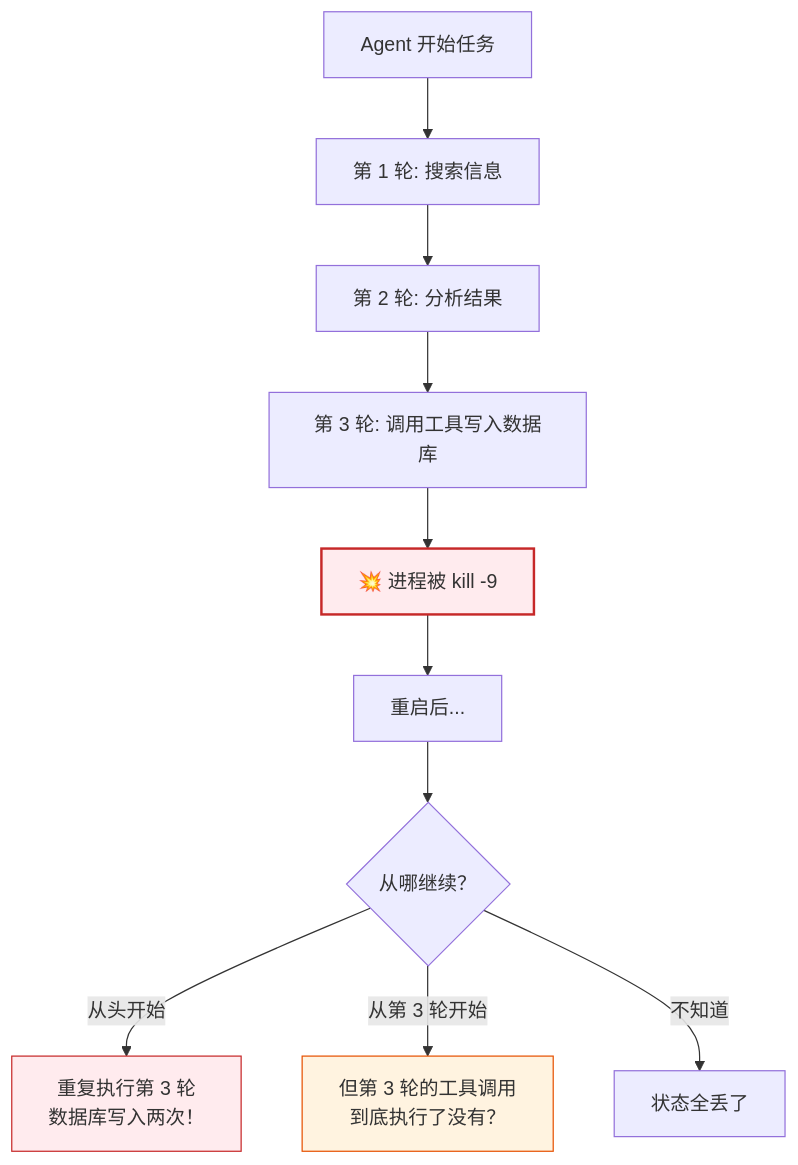
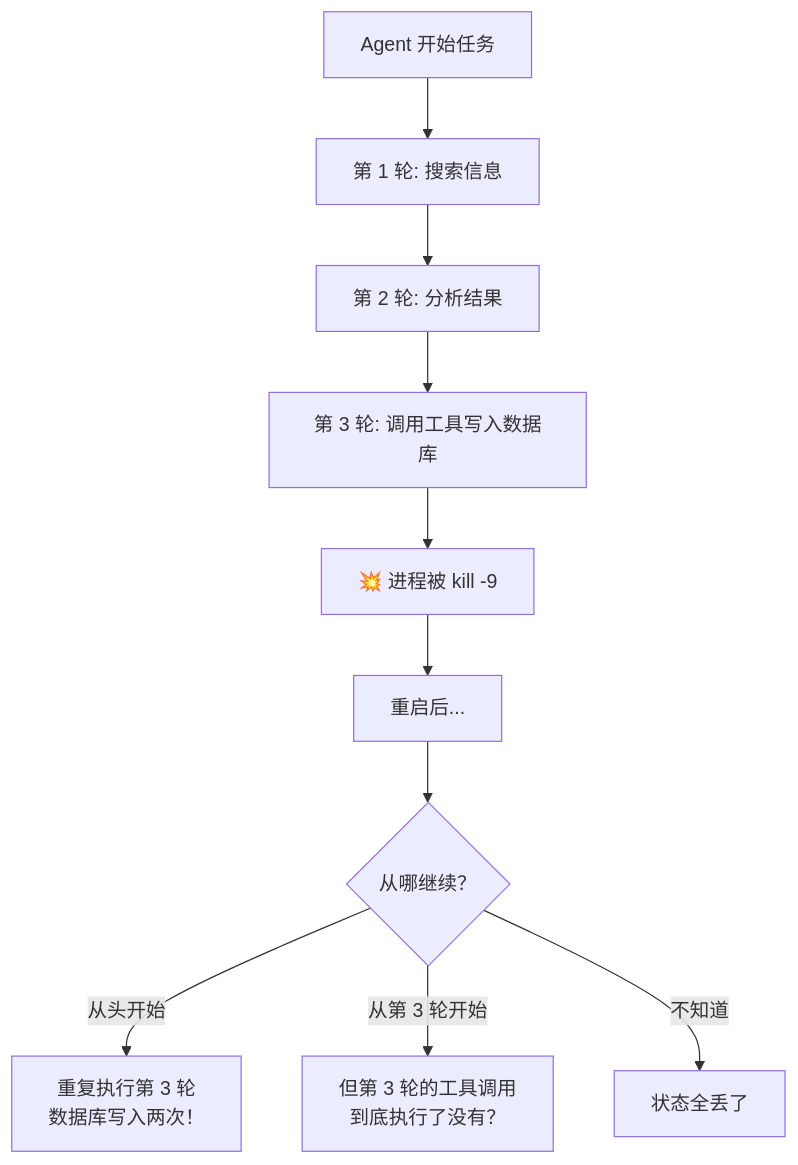
Before and after one commit to limenagent/prodagent: the first of 3 diagrams in docs/topics/recovery.md, drawn with Mermaid. The commit also changed 113 other files, not shown here.

````diff
--- a/docs/topics/recovery.md
+++ b/docs/topics/recovery.md
@@ -9,17 +9,14 @@
 ```mermaid
 graph TD
     A["Agent 开始任务"] --> B["第 1 轮: 搜索信息"]
     B --> C["第 2 轮: 分析结果"]
     C --> D["第 3 轮: 调用工具写入数据库"]
     D --> E["💥 进程被 kill -9"]
     E --> F["重启后..."]
     F --> G{"从哪继续？"}
 
     G -->|从头开始| H["重复执行第 3 轮<br/>数据库写入两次！"]
     G -->|从第 3 轮开始| I["但第 3 轮的工具调用<br/>到底执行了没有？"]
     G -->|不知道| J["状态全丢了"]
 
-    style E fill:#ffebee,stroke:#c62828,stroke-width:2px
-    style H fill:#ffebee,stroke:#c62828
-    style I fill:#fff3e0,stroke:#e65100
 ```
````
